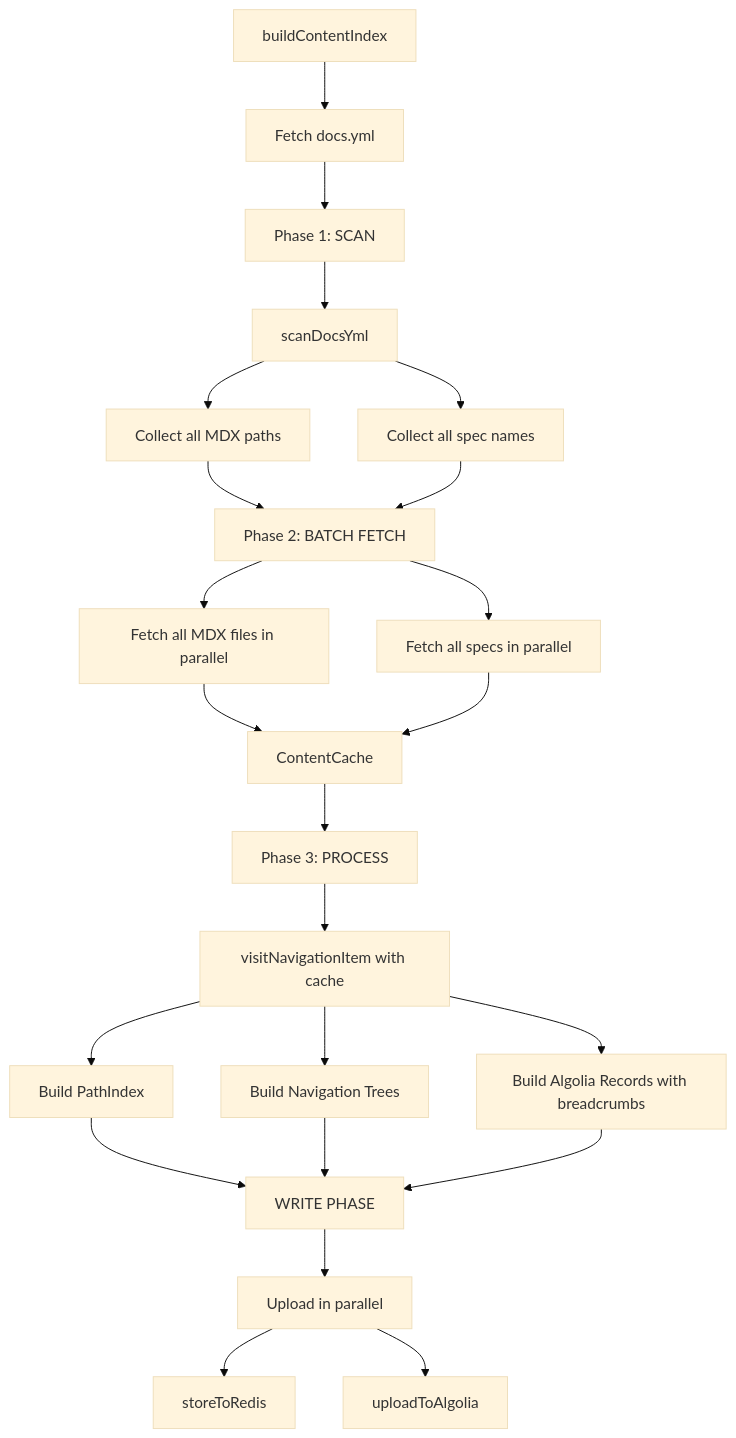
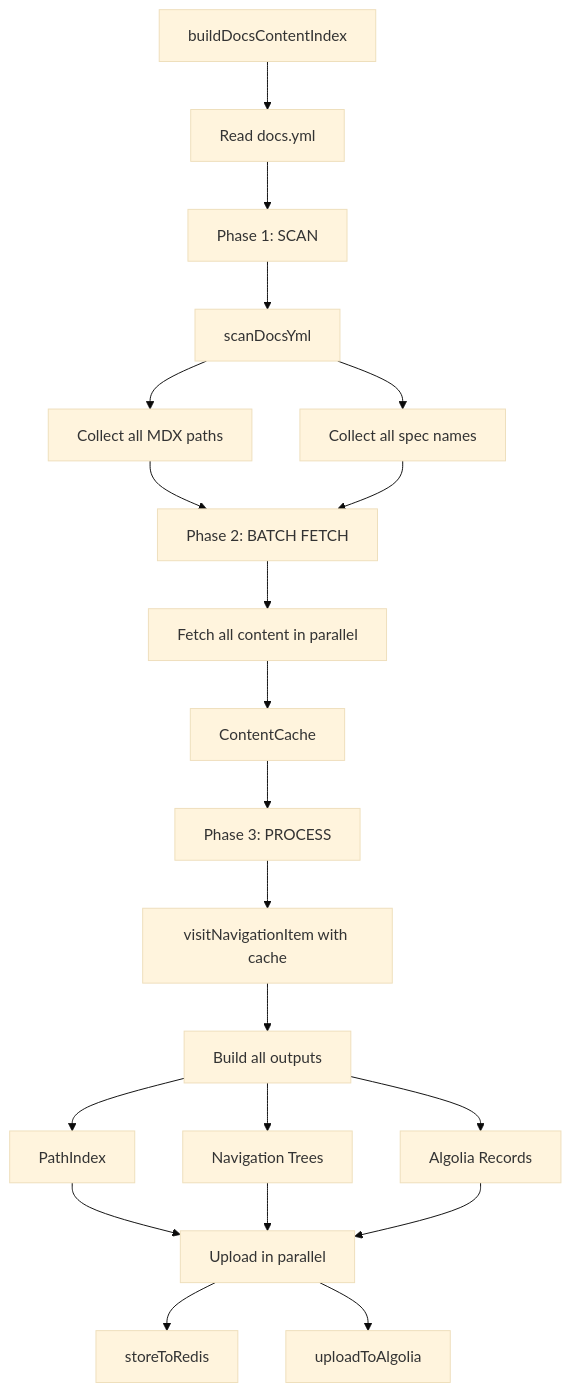
The first of 2 diagrams in src/content-indexer/README.md (alchemyplatform/docs), drawn with Mermaid (base theme) before and after one commit. The commit also changed other lines of this file, not shown here.

Commit message:
docs: update content-indexer readme

````diff
--- a/src/content-indexer/README.md
+++ b/src/content-indexer/README.md
@@ -20,33 +63,31 @@
 ```mermaid
 flowchart TD
-    Start[buildContentIndex] --> FetchYml[Fetch docs.yml]
-    FetchYml --> Phase1[Phase 1: SCAN]
+    Start[buildDocsContentIndex] --> ReadYml[Read docs.yml]
+    ReadYml --> Phase1[Phase 1: SCAN]
 
     Phase1 --> ScanDocs[scanDocsYml]
     ScanDocs --> CollectPaths[Collect all MDX paths]
     ScanDocs --> CollectSpecs[Collect all spec names]
 
     CollectPaths --> Phase2[Phase 2: BATCH FETCH]
     CollectSpecs --> Phase2
 
-    Phase2 --> FetchMDX[Fetch all MDX files in parallel]
-    Phase2 --> FetchSpecs[Fetch all specs in parallel]
-
-    FetchMDX --> Cache[ContentCache]
-    FetchSpecs --> Cache
+    Phase2 --> FetchContent[Fetch all content in parallel]
+    FetchContent --> Cache[ContentCache]
 
     Cache --> Phase3[Phase 3: PROCESS]
 
     Phase3 --> ProcessNav[visitNavigationItem with cache]
-    ProcessNav --> BuildIndex[Build PathIndex]
-    ProcessNav --> BuildNavTrees[Build Navigation Trees]
-    ProcessNav --> BuildAlgolia[Build Algolia Records with breadcrumbs]
+    ProcessNav --> BuildOutputs[Build all outputs]
 
-    BuildIndex --> WritePhase[WRITE PHASE]
-    BuildNavTrees --> WritePhase
-    BuildAlgolia --> WritePhase
+    BuildOutputs --> PathIdx[PathIndex]
+    BuildOutputs --> NavTrees[Navigation Trees]
+    BuildOutputs --> Algolia[Algolia Records]
 
-    WritePhase --> Parallel[Upload in parallel]
-    Parallel --> Redis[storeToRedis]
-    Parallel --> Algolia[uploadToAlgolia]
+    PathIdx --> Upload[Upload in parallel]
+    NavTrees --> Upload
+    Algolia --> Upload
+
+    Upload --> Redis[storeToRedis]
+    Upload --> AlgoliaUpload[uploadToAlgolia]
 ```
````
